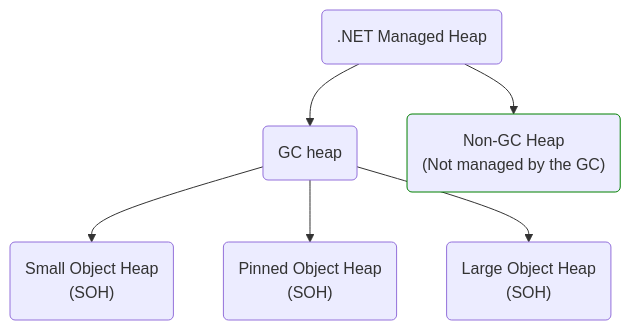
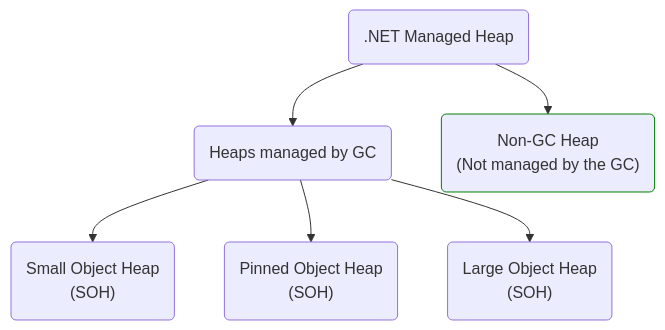
Before and after one commit to dotnet/runtime: the diagram in docs/design/features/NonGC-Heap.md, drawn with Mermaid.

````diff
--- a/docs/design/features/NonGC-Heap.md
+++ b/docs/design/features/NonGC-Heap.md
@@ -7,16 +7,16 @@
 ```mermaid
 flowchart
     heap(.NET Managed Heap) --> gcheap
     heap --> nongcheap
     gcheap --> soh
     gcheap --> poh
     gcheap --> loh
 
-    gcheap("GC heap")
+    gcheap("Heaps managed by GC")
     soh("Small Object Heap\n(SOH)")
     poh("Pinned Object Heap\n(SOH)")
     loh("Large Object Heap\n(SOH)")
     nongcheap("Non-GC Heap\n(Not managed by the GC)")
 
     style nongcheap stroke:green
 ```
````
